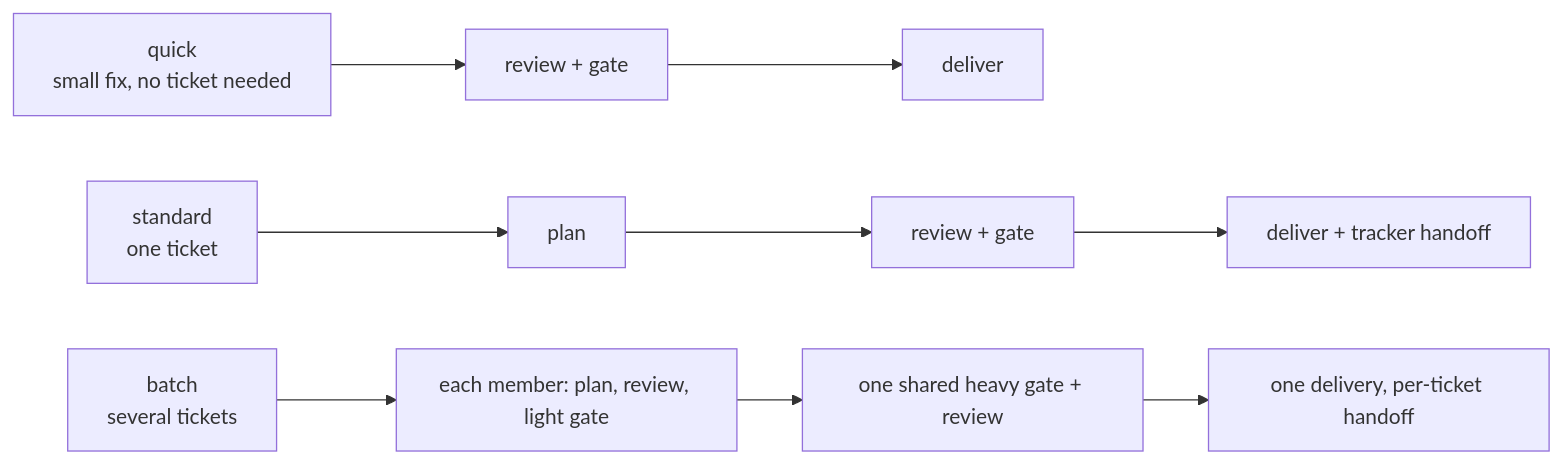
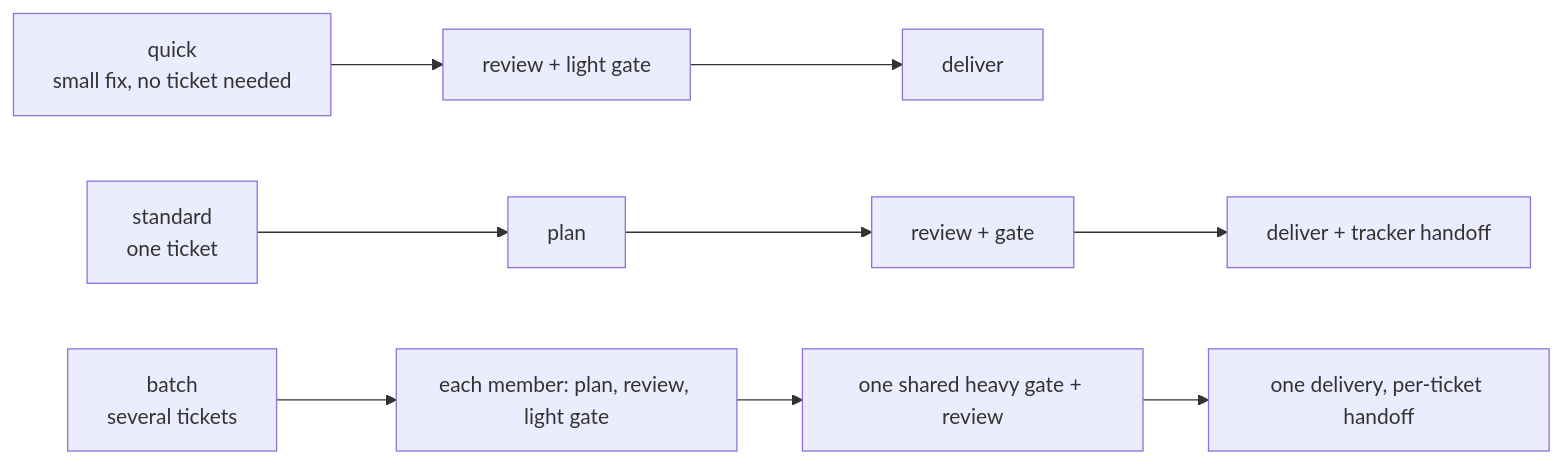
One commit to o-m-a-r-k/agentic-workflow changed the second of 3 diagrams in docs/lifecycle.md. Above: the diagram before and after it, drawn with Mermaid. The commit also changed other lines of this file and 8 other files, not shown here.

Commit message:
fix: independent review of 0.7.13: the evidence reviewer is told which heavy steps a quick fix did not run; a heavy step is reused when it can be and never skipped after failing on the same inputs; focused, check and deferred skips keep their own reasons; delivery text and planner routes match

````diff
--- a/docs/lifecycle.md
+++ b/docs/lifecycle.md
@@ -135,6 +135,6 @@
 ```mermaid
 flowchart LR
-  Q["quick<br/>small fix, no ticket needed"] --> QG["review + gate"] --> QD["deliver"]
+  Q["quick<br/>small fix, no ticket needed"] --> QG["review + light gate"] --> QD["deliver"]
   S["standard<br/>one ticket"] --> SP["plan"] --> SG["review + gate"] --> SD["deliver + tracker handoff"]
   B["batch<br/>several tickets"] --> BM["each member: plan, review, light gate"] --> BG["one shared heavy gate + review"] --> BD["one delivery, per-ticket handoff"]
 ```
````
